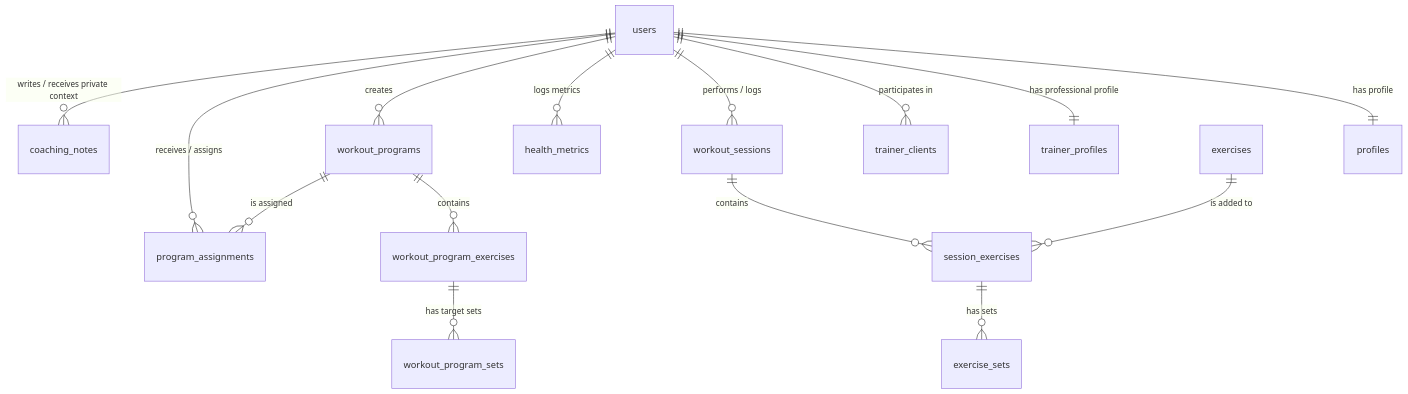
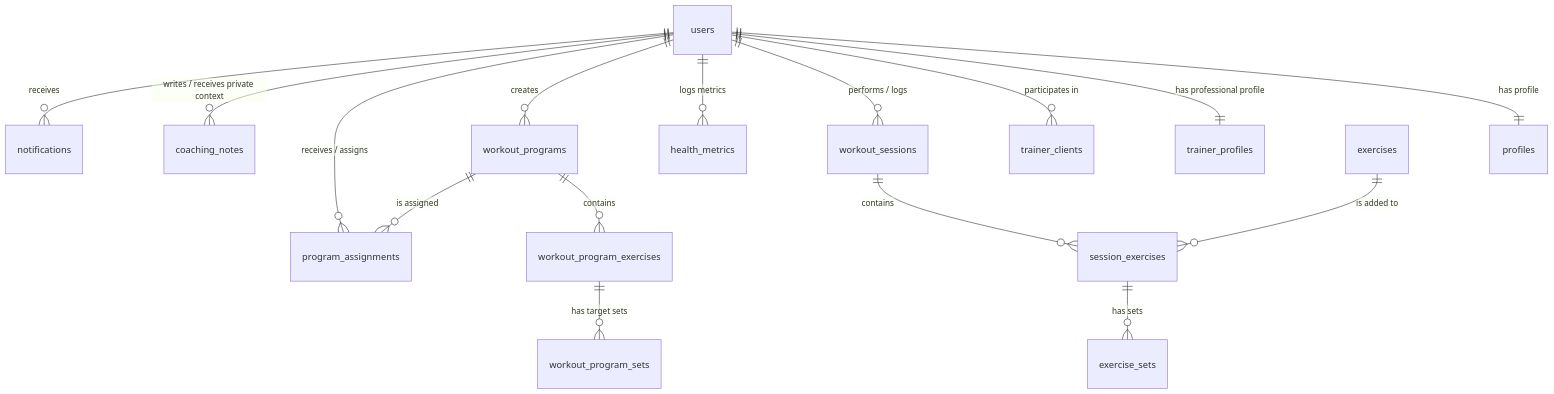
One commit to austinroy/kyber-fitness changed the diagram in README.md. Above: the diagram before and after it, drawn with Mermaid. The commit also changed other lines of this file and 8 other files, not shown here.

````diff
--- a/README.md
+++ b/README.md
@@ -52,17 +53,18 @@
 ```mermaid
 erDiagram
     users ||--|| profiles : "has profile"
     users ||--|| trainer_profiles : "has professional profile"
     users ||--o{ trainer_clients : "participates in"
     users ||--o{ workout_sessions : "performs / logs"
     users ||--o{ health_metrics : "logs metrics"
     users ||--o{ workout_programs : "creates"
     users ||--o{ program_assignments : "receives / assigns"
     users ||--o{ coaching_notes : "writes / receives private context"
+    users ||--o{ notifications : "receives"
     workout_sessions ||--o{ session_exercises : "contains"
     exercises ||--o{ session_exercises : "is added to"
     session_exercises ||--o{ exercise_sets : "has sets"
     workout_programs ||--o{ workout_program_exercises : "contains"
     workout_programs ||--o{ program_assignments : "is assigned"
     workout_program_exercises ||--o{ workout_program_sets : "has target sets"
 ```
````
